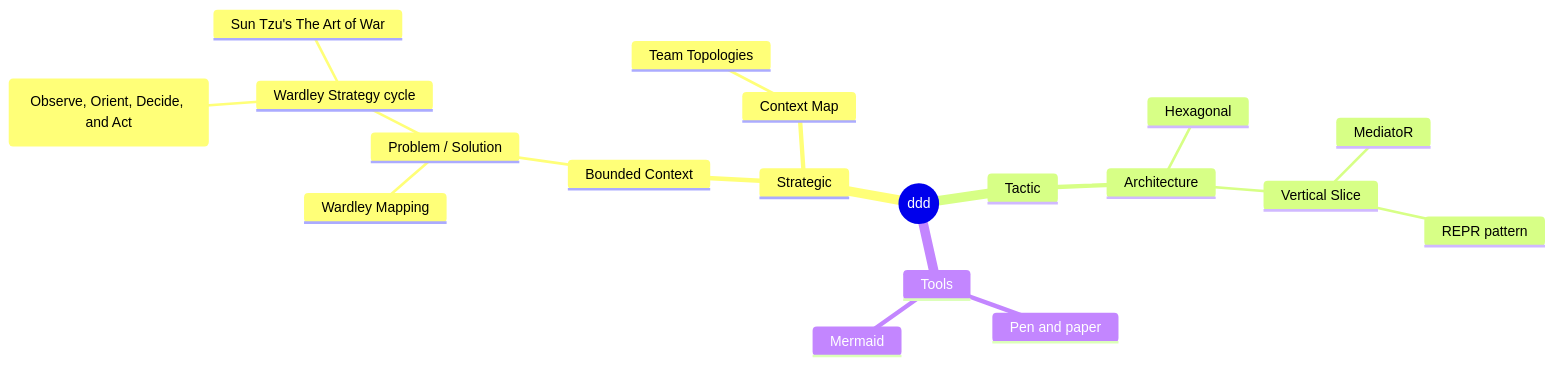
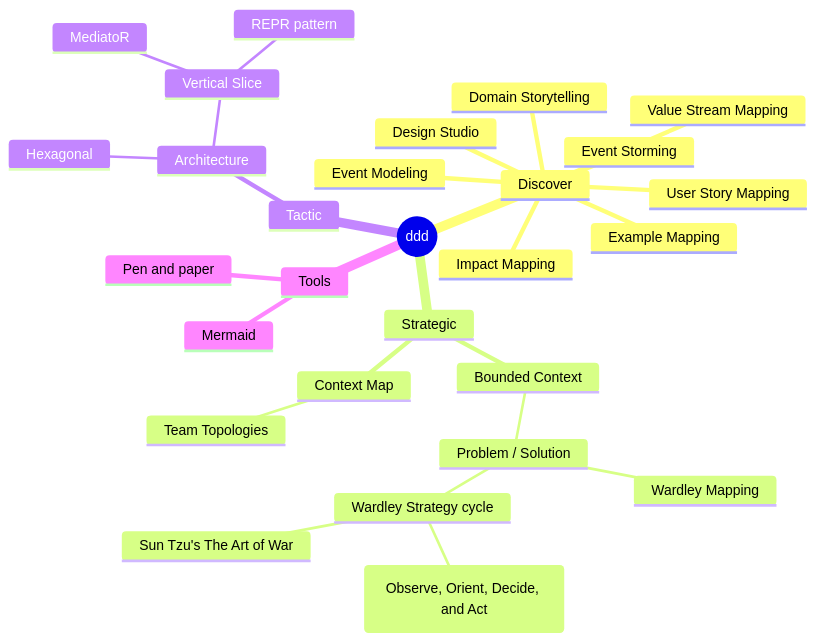
Before and after one commit to tanguybernard/my-awsome-ddd: the diagram in minmap.md, drawn with Mermaid.

````diff
--- a/minmap.md
+++ b/minmap.md
@@ -1,25 +1,34 @@
 ```mermaid
 mindmap
   root((ddd))
+    Discover
+      Event Storming
+      Example Mapping
+      Value Stream Mapping
+      User Story Mapping
+      Design Studio
+      Impact Mapping
+      Domain Storytelling
+      Event Modeling
     Strategic
       Bounded Context
         Problem / Solution
           Wardley Mapping
           Wardley Strategy cycle
             John Boyd's OODA loop (Observe, Orient, Decide, and Act)
             Sun Tzu's The Art of War
       
       Context Map
         Team Topologies
     Tactic
       Architecture
         Hexagonal
         Vertical Slice
           MediatoR
           REPR pattern
         
     Tools
       Pen and paper
       Mermaid
  
 ```
````
